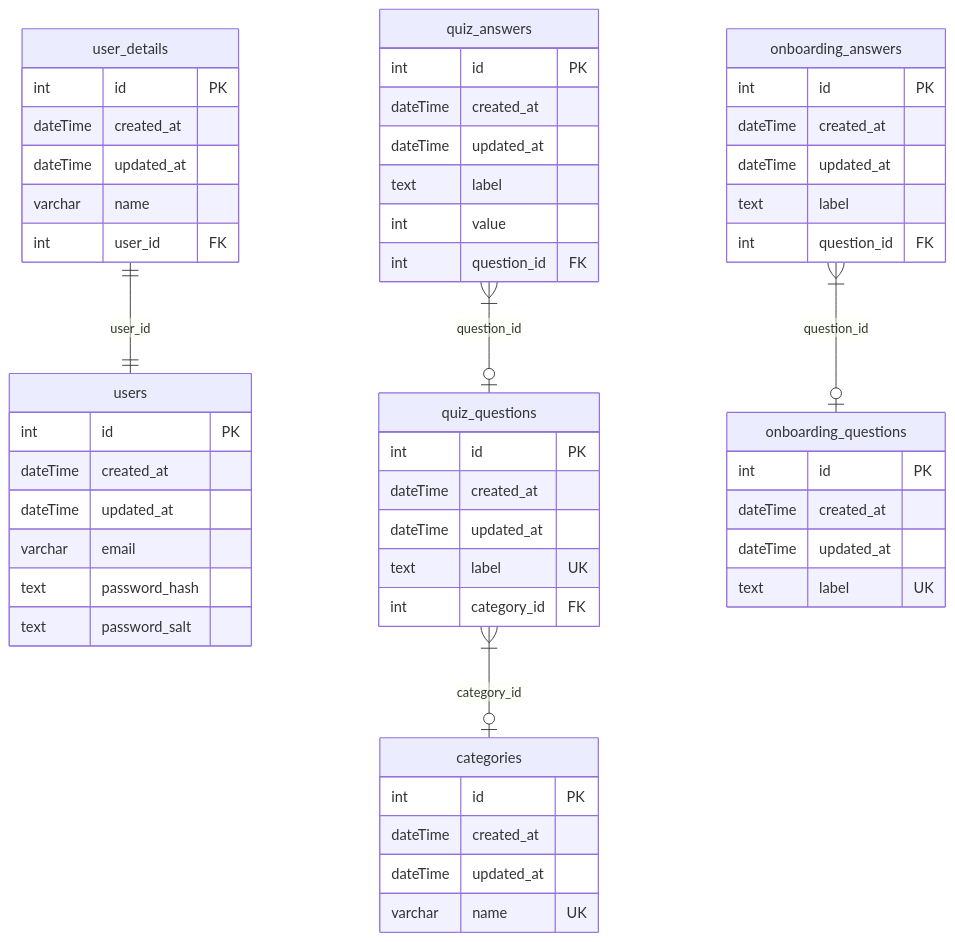
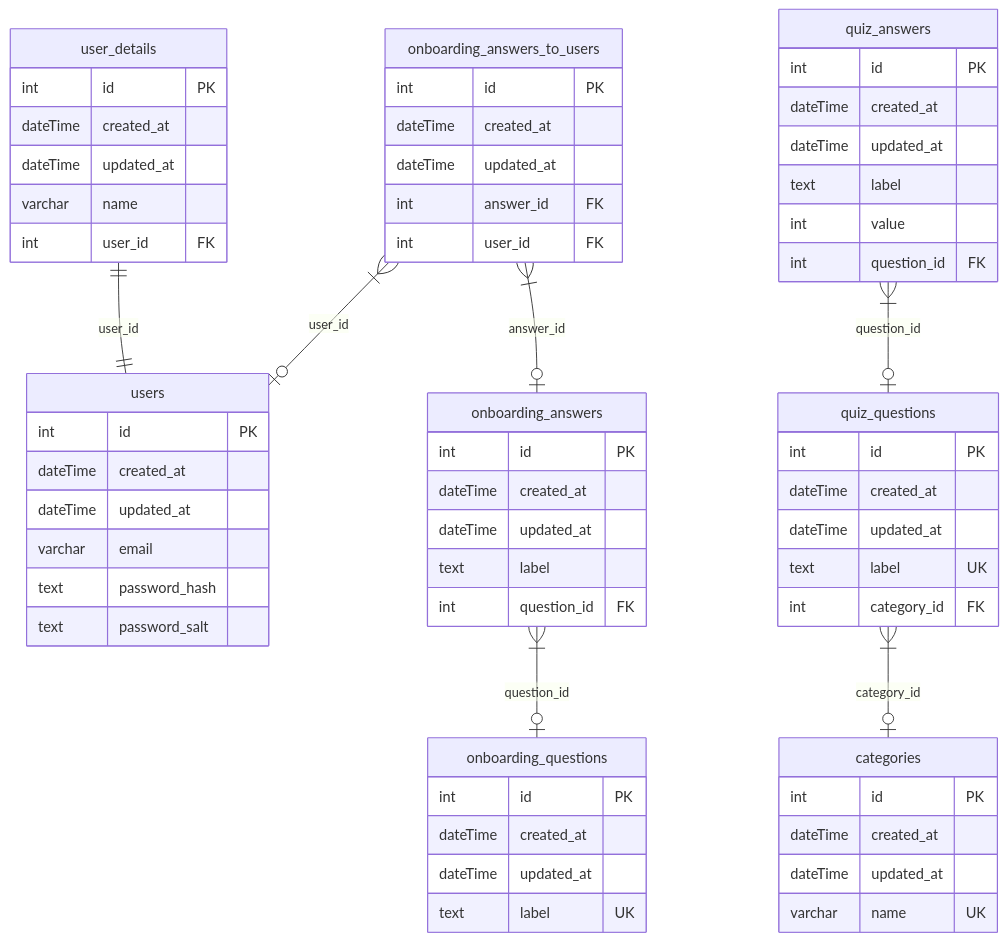
One commit to BinaryStudioAcademy/bsa-2024-bebalance changed the diagram in readme.md. Above: the diagram before and after it, drawn with Mermaid.

Commit message:
feat(backend): add onboarding_answers_to_users to DB schema bb-167

````diff
--- a/readme.md
+++ b/readme.md
@@ -25,63 +25,73 @@
 ```mermaid
 
 erDiagram
     users {
         int id PK
         dateTime created_at
         dateTime updated_at
         varchar email
         text password_hash
         text password_salt
     }
 
     user_details ||--|| users : user_id
     user_details {
         int id PK
         dateTime created_at
         dateTime updated_at
         varchar name
         int user_id FK
     }
 
     categories {
         int id PK
         dateTime created_at
         dateTime updated_at
         varchar name UK
     }
 
     quiz_questions }|--o| categories : category_id
     quiz_questions {
         int id PK
         dateTime created_at
         dateTime updated_at
         text label UK
         int category_id FK
     }
 
     quiz_answers }|--o| quiz_questions : question_id
     quiz_answers {
         int id PK
         dateTime created_at
         dateTime updated_at
         text label
         int value
         int question_id FK
     }
 
     onboarding_questions {
         int id PK
         dateTime created_at
         dateTime updated_at
         text label UK
     }
 
     onboarding_answers }|--o| onboarding_questions : question_id
     onboarding_answers {
         int id PK
         dateTime created_at
         dateTime updated_at
         text label
         int question_id FK
     }
+
+    onboarding_answers_to_users }|--o| onboarding_answers : answer_id
+    onboarding_answers_to_users }|--o| users : user_id
+    onboarding_answers_to_users {
+        int id PK
+        dateTime created_at
+        dateTime updated_at
+        int answer_id FK
+        int user_id FK
+    }
 ```
````
